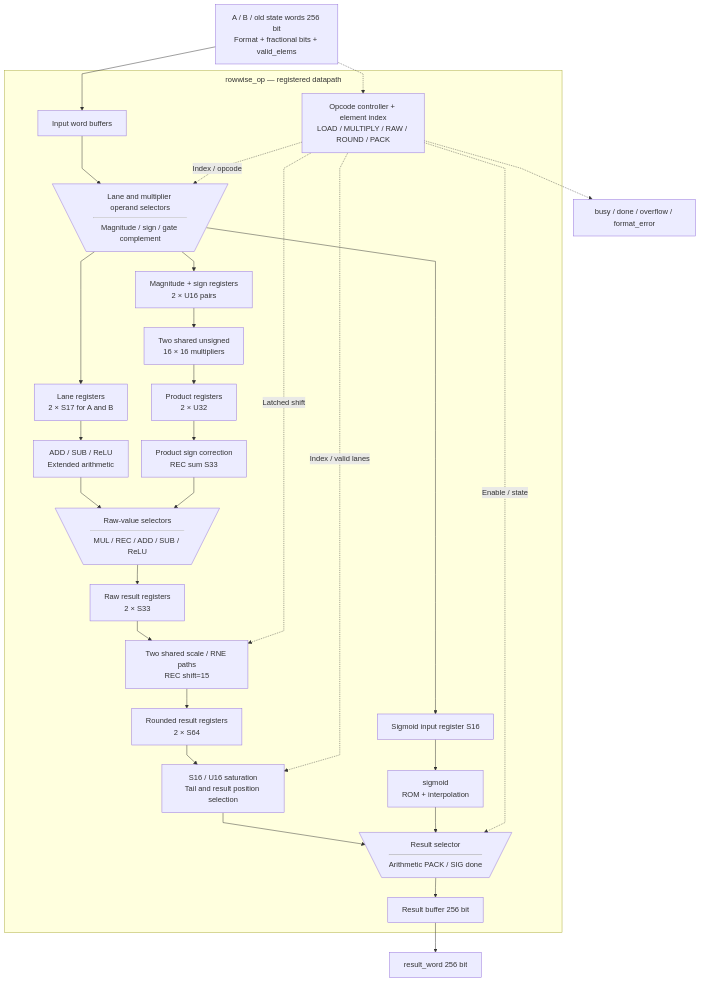
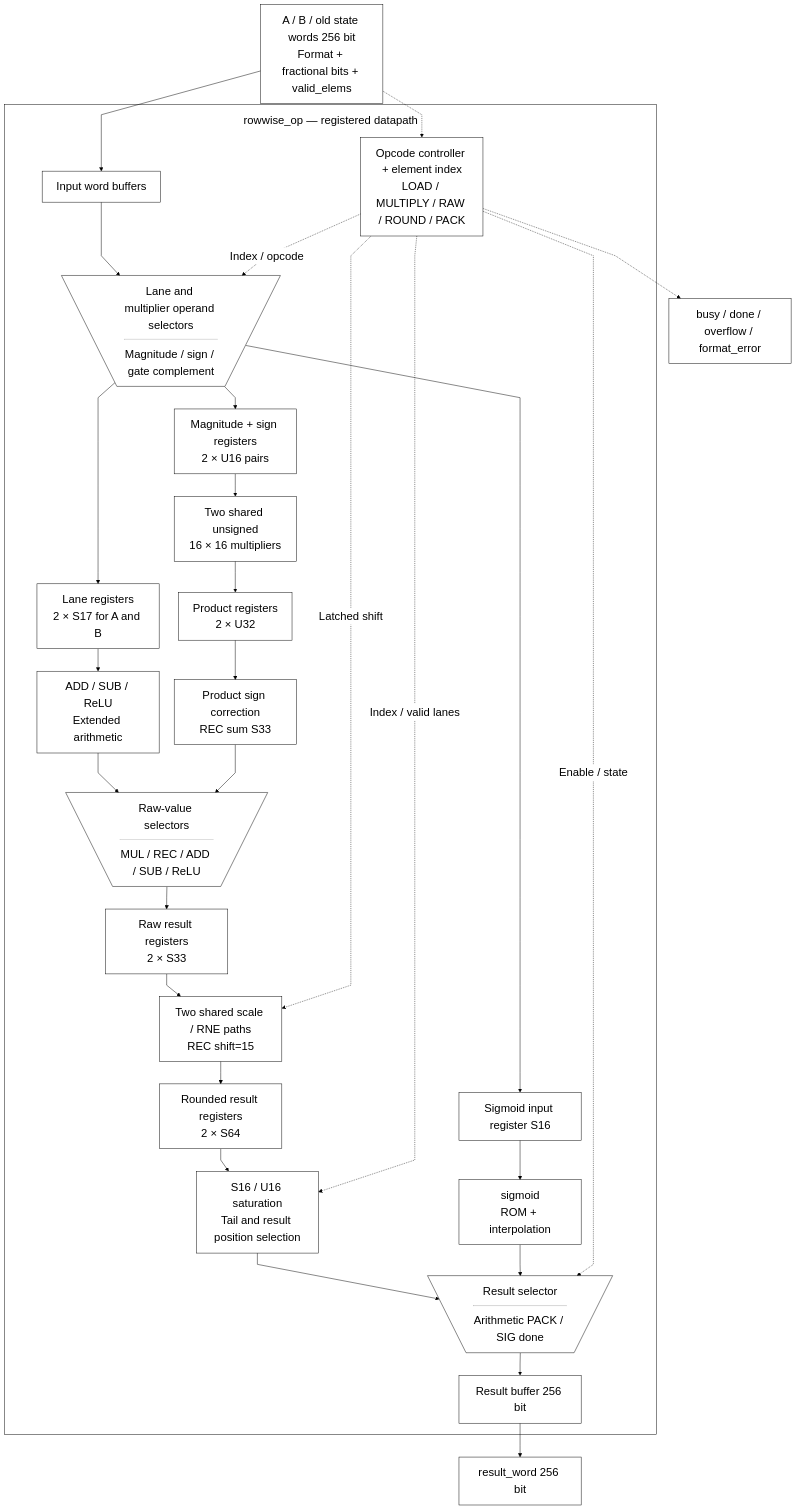
Before and after one commit to nguyennhutkhanhtom/NPU: the first of 2 diagrams in docs/source_guide/blocks/rowwise_op.sv.md, drawn with Mermaid. The commit also changed other lines of this file and 102 other files, not shown here.

First line of the commit message:
docs: refresh guides and source-grounded RTL diagrams

````diff
--- a/docs/source_guide/blocks/rowwise_op.sv.md
+++ b/docs/source_guide/blocks/rowwise_op.sv.md
@@ -15,51 +15,53 @@
 ```mermaid
+%%{init: {"theme":"base","fontFamily":"Arial, sans-serif","themeVariables":{"fontSize":"24px","primaryColor":"#ffffff","primaryTextColor":"#000000","primaryBorderColor":"#000000","secondaryColor":"#ffffff","tertiaryColor":"#ffffff","lineColor":"#000000","textColor":"#000000","mainBkg":"#ffffff","nodeBorder":"#000000","clusterBkg":"#ffffff","clusterBorder":"#000000","edgeLabelBackground":"#ffffff"},"flowchart":{"htmlLabels":true,"useMaxWidth":false,"nodeSpacing":32,"rankSpacing":48,"curve":"linear","subGraphTitleMargin":{"top":16,"bottom":30}}}}%%
 flowchart TB
-%%{init: {"flowchart": {"subGraphTitleMargin": {"top": 8, "bottom": 20}, "nodeSpacing": 28, "rankSpacing": 42, "curve": "linear"}}}%%
-    IN["A / B / old state words 256 bit<br/>Format + fractional bits + valid_elems"]
+IN["A / B / old state words 256 bit<br/>Format + fractional bits + valid_elems"]
     subgraph CORE["rowwise_op — registered datapath"]
         CTRL["Opcode controller + element index<br/>LOAD / MULTIPLY / RAW / ROUND / PACK"]
         BUF["Input word buffers"]
         LANE@{ shape: trap-t, label: "Lane and multiplier operand selectors<hr/>Magnitude / sign / gate complement" }
         LREG["Lane registers<br/>2 × S17 for A and B"]
         MREG["Magnitude + sign registers<br/>2 × U16 pairs"]
         MUL["Two shared unsigned<br/>16 × 16 multipliers"]
         PREG["Product registers<br/>2 × U32"]
         SIGN["Product sign correction<br/>REC sum S33"]
         AS["ADD / SUB / ReLU<br/>Extended arithmetic"]
         RAW@{ shape: trap-t, label: "Raw-value selectors<hr/>MUL / REC / ADD / SUB / ReLU" }
         RREG["Raw result registers<br/>2 × S33"]
         RNE["Two shared scale / RNE paths<br/>REC shift=15"]
         SREG["Rounded result registers<br/>2 × S64"]
         SAT["S16 / U16 saturation<br/>Tail and result position selection"]
         SQ["Sigmoid input register S16"]
         SIG["sigmoid<br/>ROM + interpolation"]
         RES@{ shape: trap-t, label: "Result selector<hr/>Arithmetic PACK / SIG done" }
         RBUF["Result buffer 256 bit"]
     end
     IN --> BUF
     IN -.-> CTRL
     BUF --> LANE
     CTRL -.->|"Index / opcode"| LANE
     LANE --> LREG
     LANE --> MREG
     LANE --> SQ
     MREG --> MUL
     MUL --> PREG
     PREG --> SIGN
     LREG --> AS
     AS --> RAW
     SIGN --> RAW
     RAW --> RREG
     RREG --> RNE
     CTRL -.->|"Latched shift"| RNE
     RNE --> SREG
     SREG --> SAT
     CTRL -.->|"Index / valid lanes"| SAT
     SAT --> RES
     SQ --> SIG
     SIG --> RES
     CTRL -.->|"Enable / state"| RES
     RES --> RBUF
     RBUF --> OUT["result_word 256 bit"]
     CTRL -.-> STATUS["busy / done / overflow / format_error"]
+    classDef default fill:white,stroke:black,color:black,font-size:24px;
+    linkStyle default stroke:black,color:black;
 ```
````
